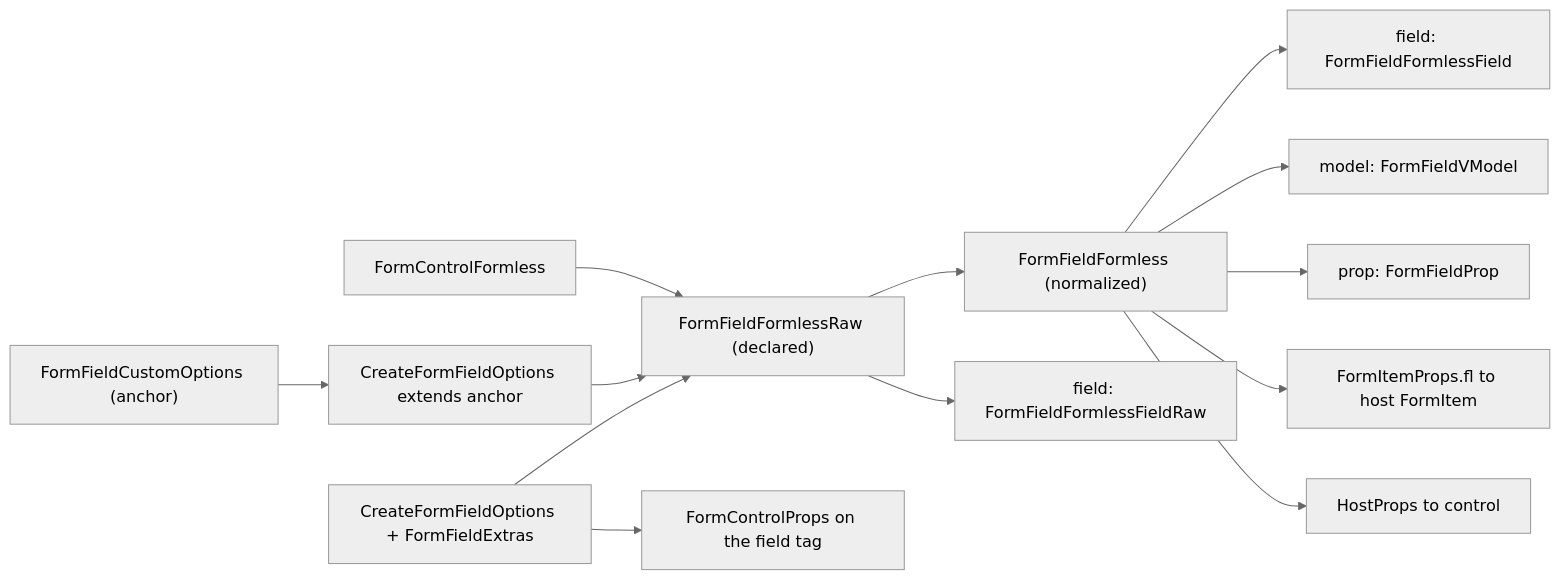
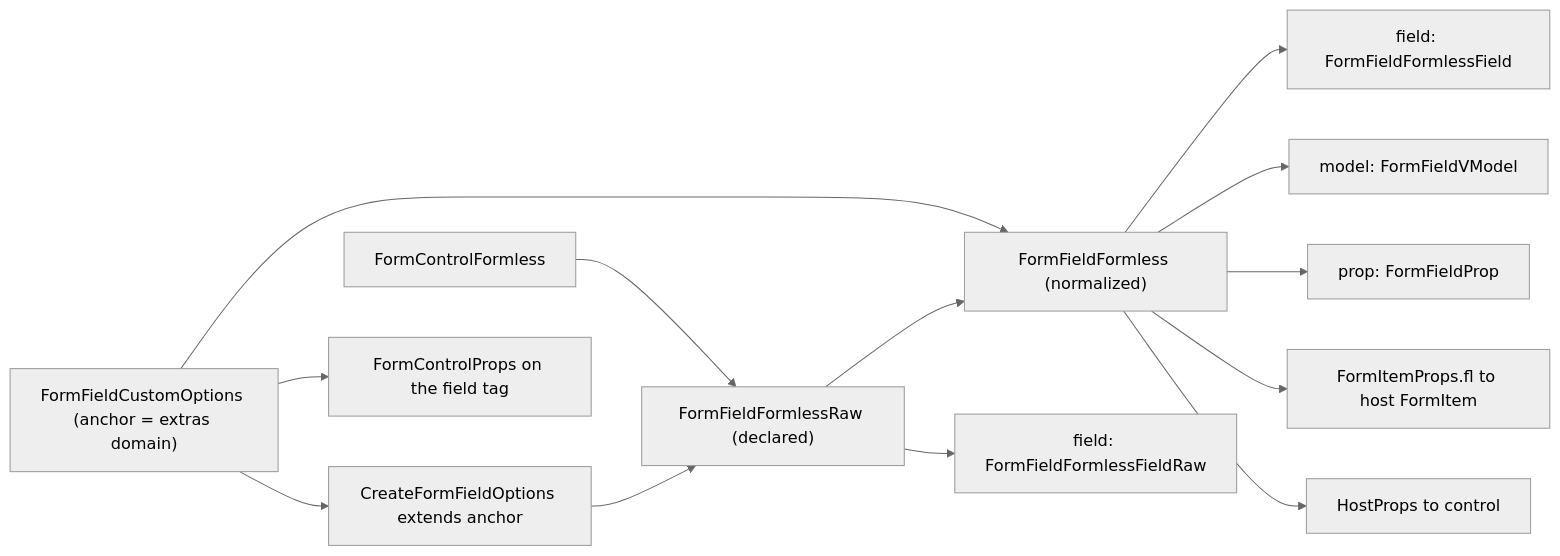
One commit to xuyimingwork/vue-formless changed the diagram in docs/adr/022-type-taxonomy.md. Above: the diagram before and after it, drawn with Mermaid (neutral theme). The commit also changed other lines of this file and 11 other files, not shown here.

````diff
--- a/docs/adr/022-type-taxonomy.md
+++ b/docs/adr/022-type-taxonomy.md
@@ -130,15 +131,15 @@
 ```mermaid
 flowchart LR
-  Ctrl["FormControlFormless"] --> Raw
-  Custom["FormFieldCustomOptions (anchor)"] --> Options
-  Options["CreateFormFieldOptions extends anchor"] --> Raw
-  Schema["CreateFormFieldOptions + FormFieldExtras"] --> Raw
-  Raw["FormFieldFormlessRaw (declared)"] --> Snap["FormFieldFormless (normalized)"]
+  Ctrl["FormControlFormless"] --> Raw["FormFieldFormlessRaw (declared)"]
+  Custom["FormFieldCustomOptions (anchor = extras domain)"] --> Options["CreateFormFieldOptions extends anchor"]
+  Options --> Raw
+  Custom --> Snap["FormFieldFormless (normalized)"]
+  Raw --> Snap
+  Custom --> TagProps["FormControlProps on the field tag"]
   Raw --> FieldRaw["field: FormFieldFormlessFieldRaw"]
   Snap --> Field["field: FormFieldFormlessField"]
   Snap --> VModel["model: FormFieldVModel"]
   Snap --> Prop["prop: FormFieldProp"]
   Snap --> ItemProps["FormItemProps.fl to host FormItem"]
   Snap --> CtrlProps["HostProps to control"]
-  Schema --> TagProps["FormControlProps on the field tag"]
 ```
````
